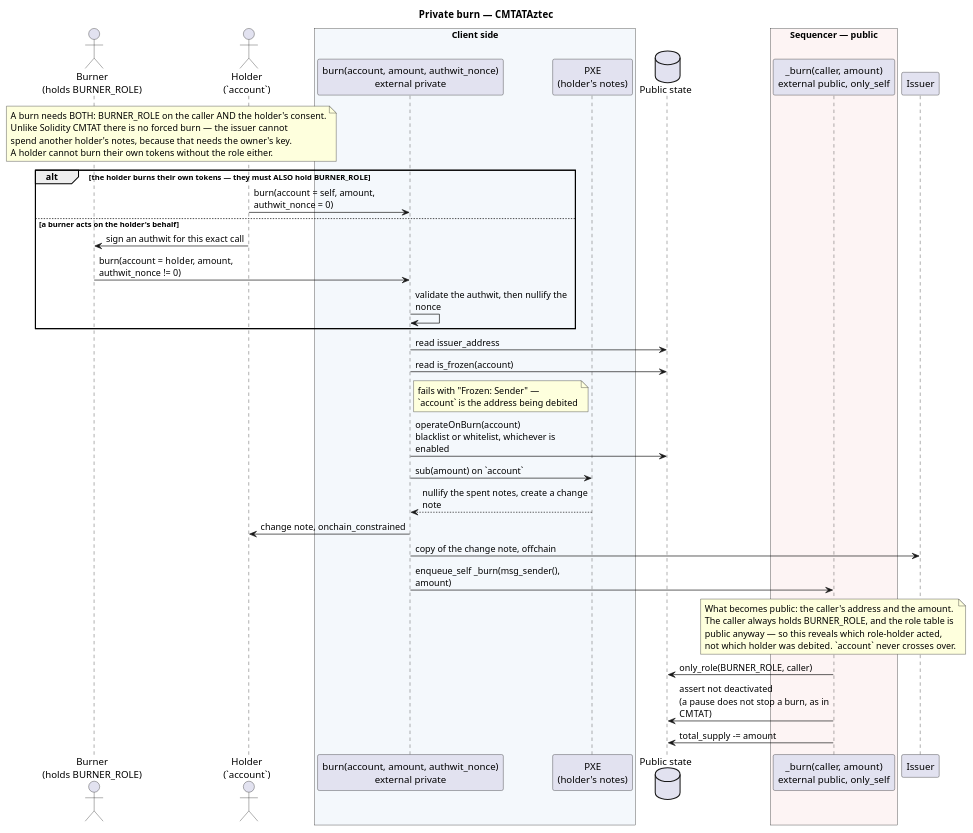
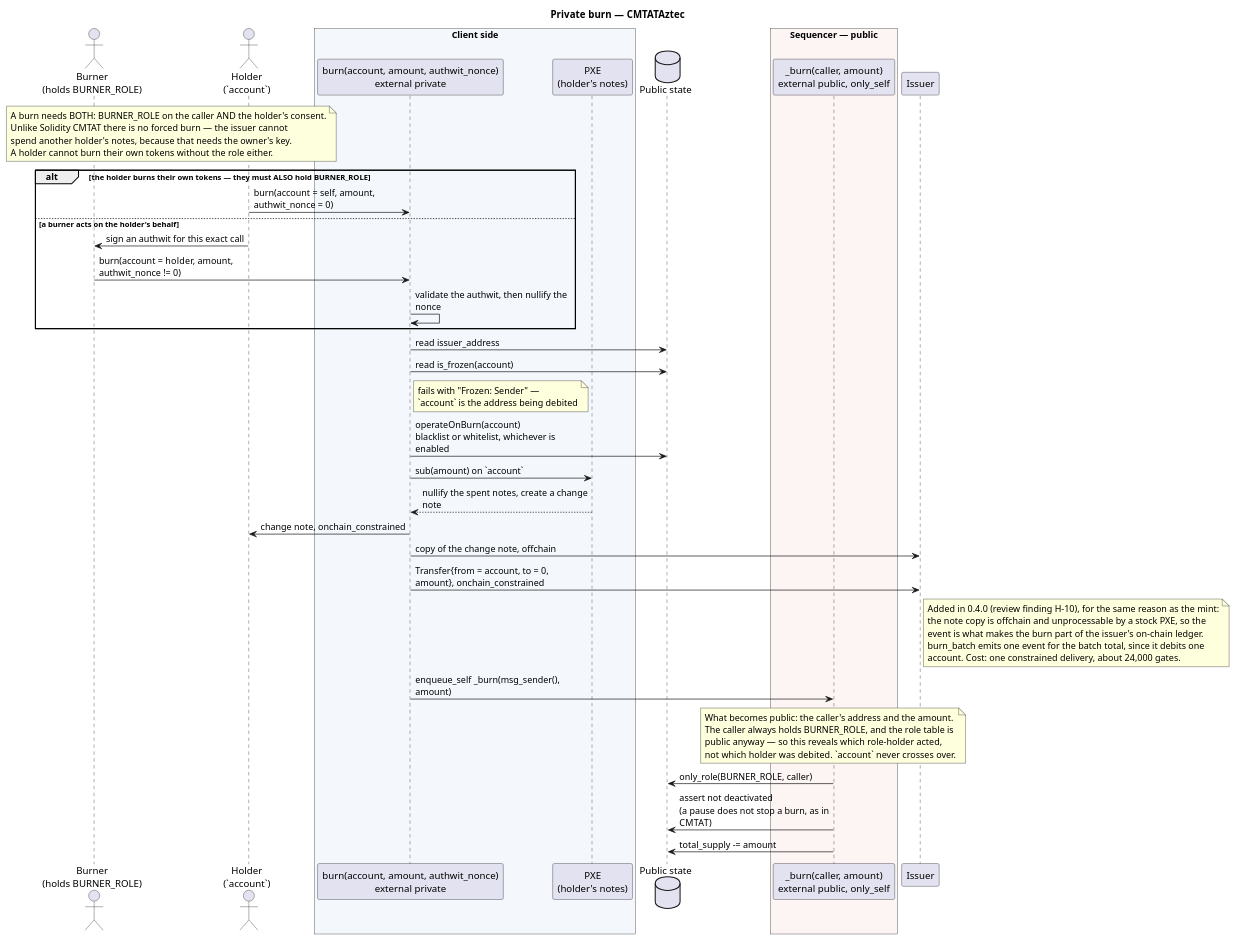
The diagram in doc/img/burn-flow.puml (CMTA/private-CMTAT-aztec), drawn with PlantUML before and after one commit. The commit also changed 11 other files, not shown here.

Commit message:
Fix plantuml diagram

```diff
--- a/doc/img/burn-flow.puml
+++ b/doc/img/burn-flow.puml
@@ -1,55 +1,63 @@
 @startuml
 title Private burn — CMTATAztec
 
 skinparam sequenceMessageAlign left
 skinparam maxMessageSize 250
 
 actor "Burner\n(holds BURNER_ROLE)" as Burner
 actor "Holder\n(`account`)" as Holder
 box "Client side" #F4F8FC
 participant "burn(account, amount, authwit_nonce)\nexternal private" as Priv
 participant "PXE\n(holder's notes)" as PXE
 end box
 database "Public state" as PS
 box "Sequencer — public" #FDF4F4
 participant "_burn(caller, amount)\nexternal public, only_self" as Pub
 end box
 participant "Issuer" as Issuer
 
 note over Burner, Holder
   A burn needs BOTH: BURNER_ROLE on the caller AND the holder's consent.
   Unlike Solidity CMTAT there is no forced burn — the issuer cannot
   spend another holder's notes, because that needs the owner's key.
   A holder cannot burn their own tokens without the role either.
 end note
 
 alt the holder burns their own tokens — they must ALSO hold BURNER_ROLE
   Holder -> Priv : burn(account = self, amount, authwit_nonce = 0)
 else a burner acts on the holder's behalf
   Holder -> Burner : sign an authwit for this exact call
   Burner -> Priv : burn(account = holder, amount, authwit_nonce != 0)
   Priv -> Priv : validate the authwit, then nullify the nonce
 end
 
 Priv -> PS : read issuer_address
 Priv -> PS : read is_frozen(account)
 note right of Priv : fails with "Frozen: Sender" —\n`account` is the address being debited
 Priv -> PS : operateOnBurn(account)\nblacklist or whitelist, whichever is enabled
 
 Priv -> PXE : sub(amount) on `account`
 PXE --> Priv : nullify the spent notes, create a change note
 Priv -> Holder : change note, onchain_constrained
 Priv -> Issuer : copy of the change note, offchain
+Priv -> Issuer : Transfer{from = account, to = 0, amount}, onchain_constrained
+note right of Issuer
+  Added in 0.4.0 (review finding H-10), for the same reason as the mint:
+  the note copy is offchain and unprocessable by a stock PXE, so the
+  event is what makes the burn part of the issuer's on-chain ledger.
+  burn_batch emits one event for the batch total, since it debits one
+  account. Cost: one constrained delivery, about 24,000 gates.
+end note
 
 Priv -> Pub : enqueue_self _burn(msg_sender(), amount)
 note over Pub
   What becomes public: the caller's address and the amount.
   The caller always holds BURNER_ROLE, and the role table is
   public anyway — so this reveals which role-holder acted,
   not which holder was debited. `account` never crosses over.
 end note
 Pub -> PS : only_role(BURNER_ROLE, caller)
 Pub -> PS : assert not deactivated\n(a pause does not stop a burn, as in CMTAT)
 Pub -> PS : total_supply -= amount
 
 @enduml
```
